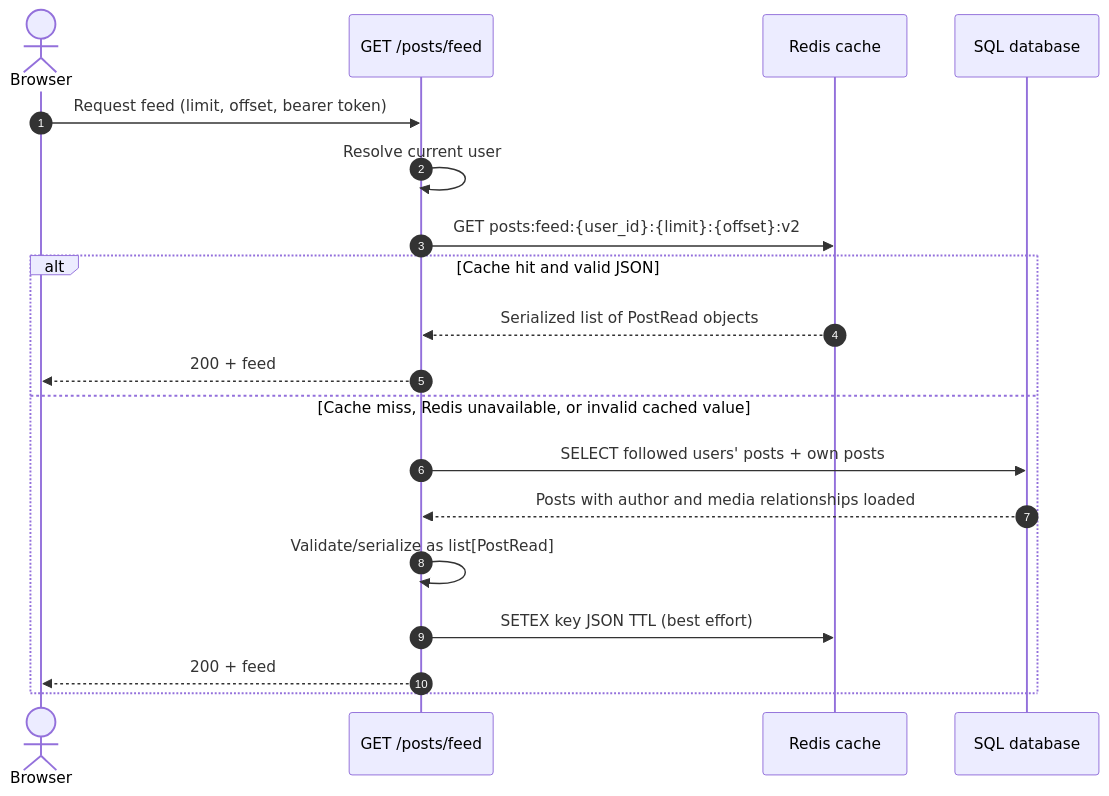
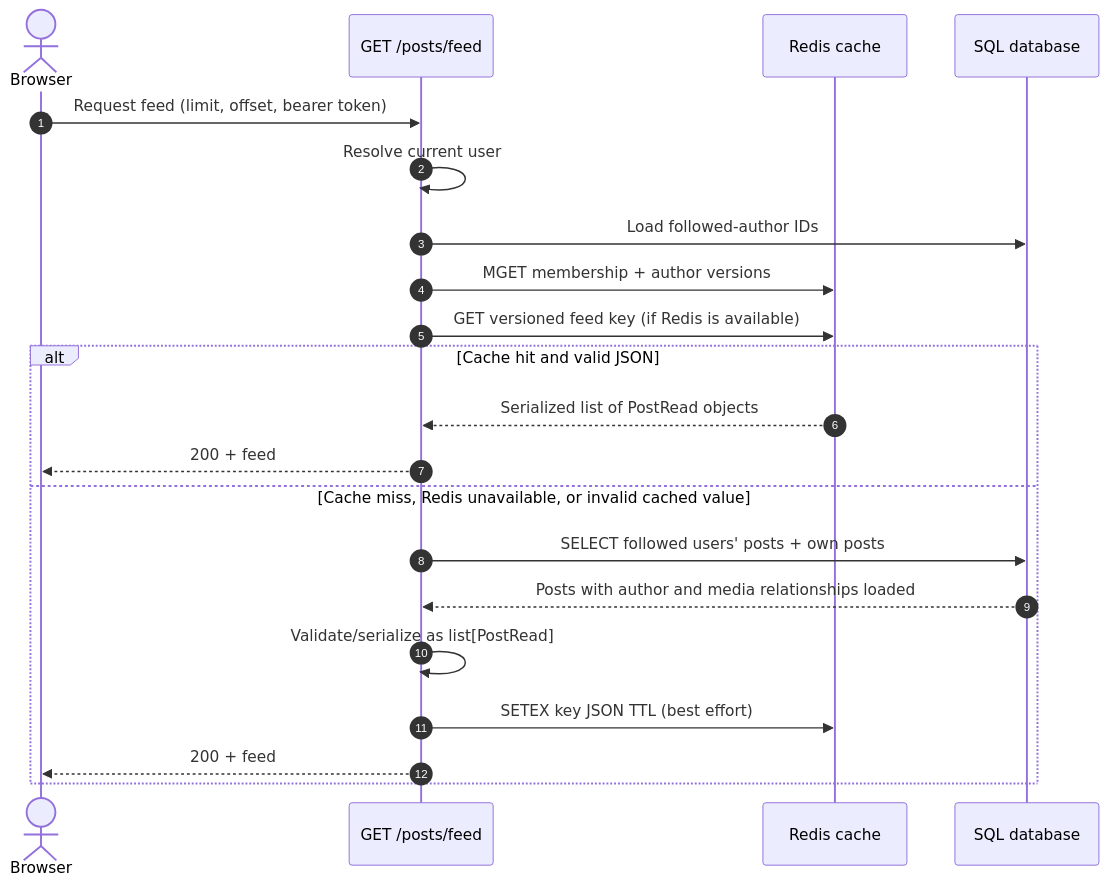
The second of 4 diagrams in docs/redis-backend-learning-guide.md (shiva6666/socialmediaapp), drawn with Mermaid before and after one commit. The commit also changed other lines of this file and 8 other files, not shown here.

Commit message:
Use versioned feed cache invalidation

````diff
--- a/docs/redis-backend-learning-guide.md
+++ b/docs/redis-backend-learning-guide.md
@@ -60,22 +60,24 @@
 ```mermaid
 sequenceDiagram
     autonumber
     actor Browser
     participant Route as GET /posts/feed
     participant Cache as Redis cache
     participant DB as SQL database
 
     Browser->>Route: Request feed (limit, offset, bearer token)
     Route->>Route: Resolve current user
-    Route->>Cache: GET posts:feed:{user_id}:{limit}:{offset}:v2
+    Route->>DB: Load followed-author IDs
+    Route->>Cache: MGET membership + author versions
+    Route->>Cache: GET versioned feed key (if Redis is available)
     alt Cache hit and valid JSON
         Cache-->>Route: Serialized list of PostRead objects
         Route-->>Browser: 200 + feed
     else Cache miss, Redis unavailable, or invalid cached value
         Route->>DB: SELECT followed users' posts + own posts
         DB-->>Route: Posts with author and media relationships loaded
         Route->>Route: Validate/serialize as list[PostRead]
         Route->>Cache: SETEX key JSON TTL (best effort)
         Route-->>Browser: 200 + feed
     end
 ```
````
